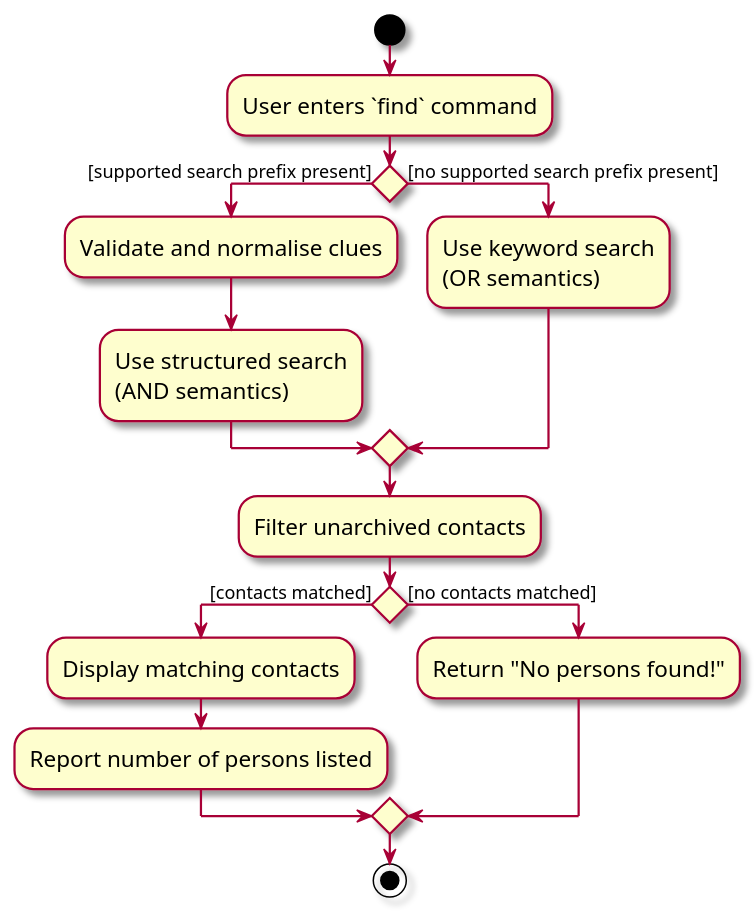
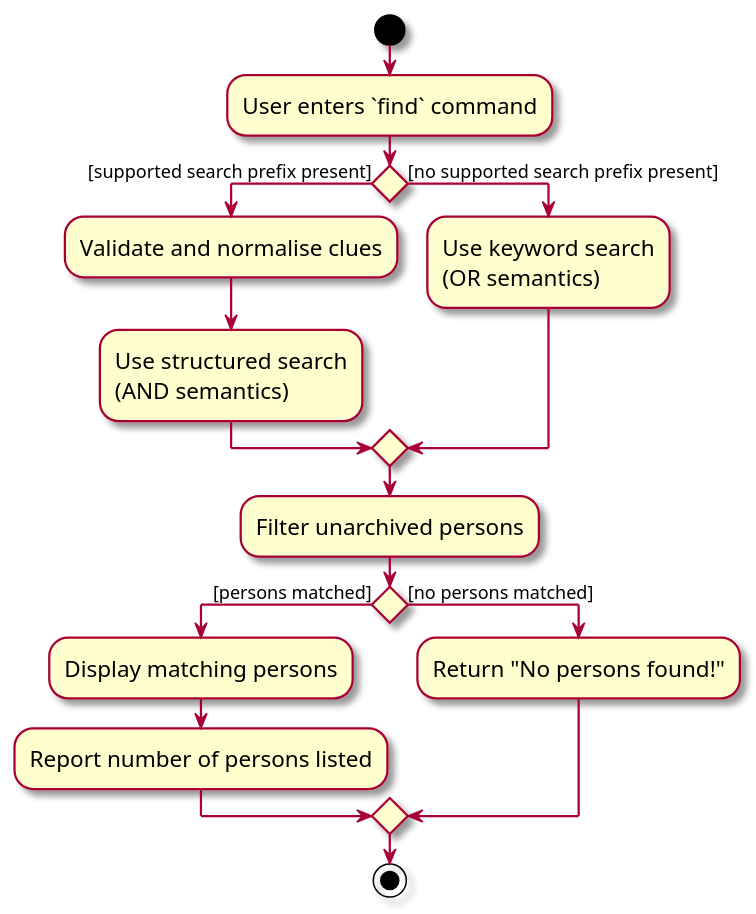
The diagram in docs/diagrams/MultiClueSearchActivityDiagram.puml (AY2627S1-CS2103T-W10-2/tp), drawn with PlantUML before and after one commit. The commit also changed 4 other files, not shown here.

```diff
--- a/docs/diagrams/MultiClueSearchActivityDiagram.puml
+++ b/docs/diagrams/MultiClueSearchActivityDiagram.puml
@@ -1,27 +1,27 @@
 @startuml
 skin rose
 skinparam ActivityFontSize 15
 skinparam ArrowFontSize 12
 
 start
 
 :User enters `find` command;
 
 if () then ([supported search prefix present])
     :Validate and normalise clues;
     :Use structured search\n(AND semantics);
 else ([no supported search prefix present])
     :Use keyword search\n(OR semantics);
 endif
 
-:Filter unarchived contacts;
+:Filter unarchived persons;
 
-if () then ([contacts matched])
-    :Display matching contacts;
+if () then ([persons matched])
+    :Display matching persons;
     :Report number of persons listed;
-else ([no contacts matched])
+else ([no persons matched])
     :Return "No persons found!";
 endif
 
 stop
 @enduml
```
